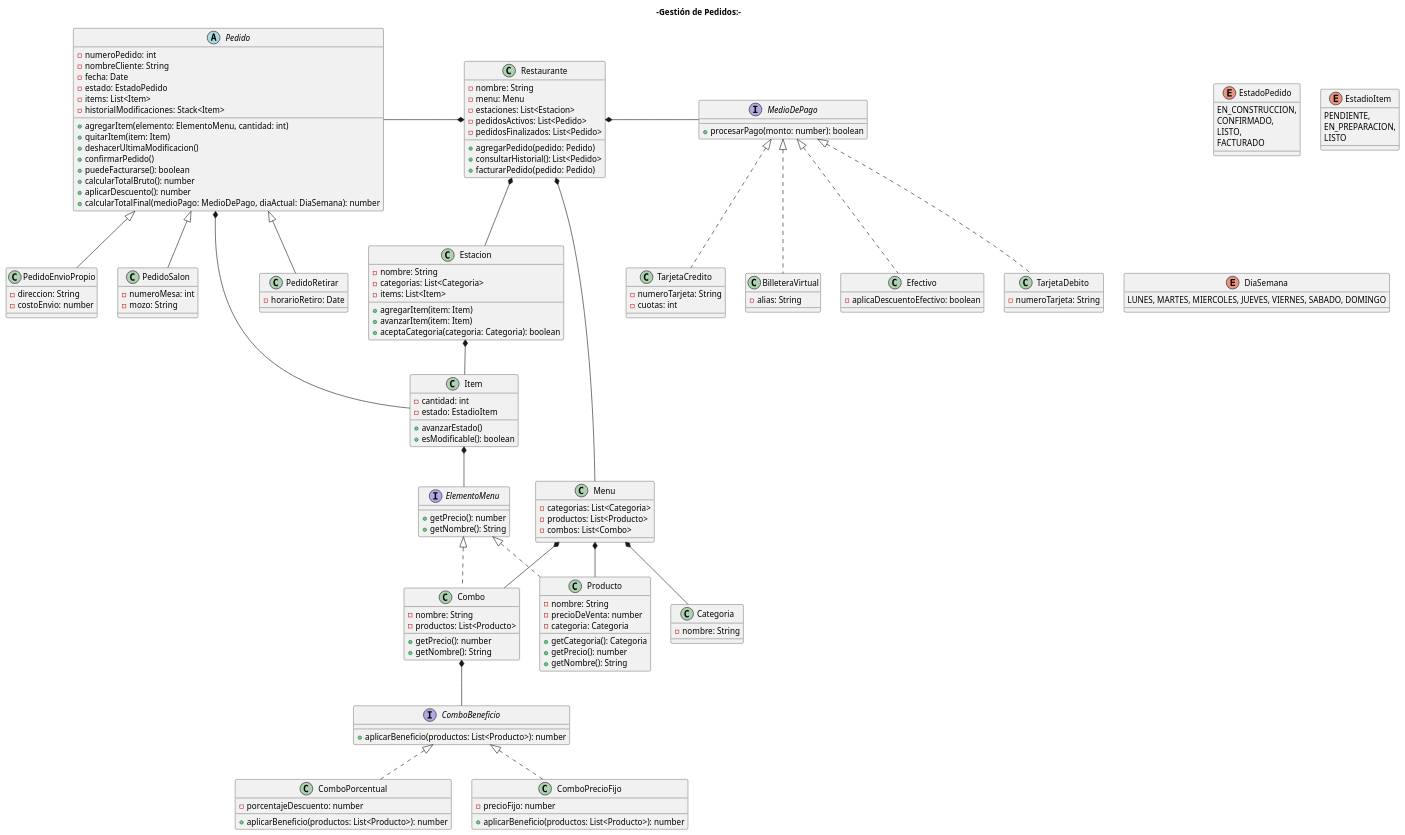
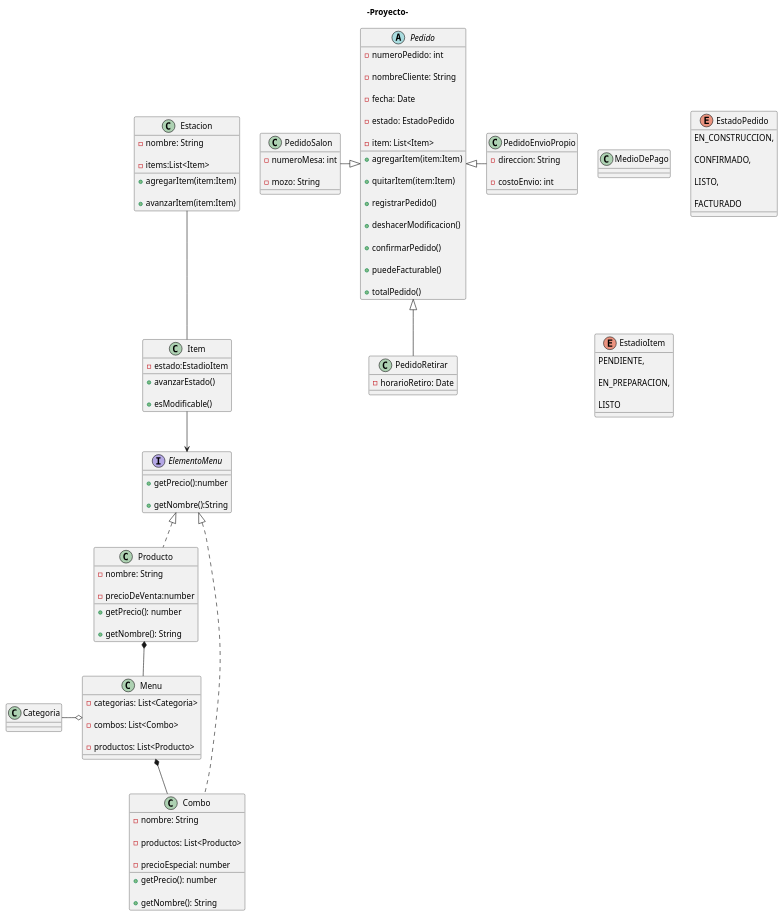
Before and after one commit to JuanJauregui2014/Tp-cuatrimestral-programacion-II: the diagram in diagramas/diagramas.puml, drawn with PlantUML. The commit also changed 24 other files, not shown here.

Commit message:
Revert "Modifico UML, modifico clases y agrego la clase restaurante"

```diff
--- a/diagramas/diagramas.puml
+++ b/diagramas/diagramas.puml
@@ -1,184 +1,199 @@
 @startuml
-title -Gestión de Pedidos:-
-class Restaurante {
-    -nombre: String
-    -menu: Menu
-    -estaciones: List<Estacion>
-    -pedidosActivos: List<Pedido>
-    -pedidosFinalizados: List<Pedido>
 
-    +agregarPedido(pedido: Pedido)
-    +consultarHistorial(): List<Pedido>
-    +facturarPedido(pedido: Pedido)
+title -Proyecto-
+
+interface ElementoMenu {
+
+    +getPrecio():number
+
+    +getNombre():String
+
+
+
 }
 
-class Menu {
-    -categorias: List<Categoria>
-    -productos: List<Producto>
-    -combos: List<Combo>
+abstract class Pedido{
+
+    -numeroPedido: int
+
+    -nombreCliente: String
+
+    -fecha: Date
+
+    -estado: EstadoPedido
+
+    -item: List<Item>
+
+
+
+    +agregarItem(item:Item)
+
+    +quitarItem(item:Item)
+
+    +registrarPedido()
+
+    +deshacerModificacion()
+
+    +confirmarPedido()
+
+    +puedeFacturable()
+
+    +totalPedido()
+
 }
 
-class Categoria {
-    -nombre: String
+class PedidoSalon{
+
+    -numeroMesa: int
+
+    -mozo: String
+
 }
 
-interface ElementoMenu {
+class PedidoRetirar{
+
+    -horarioRetiro: Date
+
+}
+
+class PedidoEnvioPropio{
+
+    -direccion: String
+
+    -costoEnvio: int
+
+
+
+}
+
+
+
+class Item{
+
+    -estado:EstadioItem
+
+
+
+    +avanzarEstado()
+
+    +esModificable()
+
+
+
+}
+
+class Producto implements ElementoMenu{
+
+    -nombre: String
+
+    -precioDeVenta:number
+
+
+
     +getPrecio(): number
+
     +getNombre(): String
+
+
+
+   
+
 }
 
 class Combo implements ElementoMenu {
+
     -nombre: String
+
     -productos: List<Producto>
+
+    -precioEspecial: number
+
     +getPrecio(): number
+
     +getNombre(): String
+
 }
 
-interface ComboBeneficio {
-    +aplicarBeneficio(productos: List<Producto>): number
+class Categoria{
+
+
+
 }
 
-class ComboPorcentual implements ComboBeneficio {
-    -porcentajeDescuento: number
-    +aplicarBeneficio(productos: List<Producto>): number
+class Estacion{
+
+    -nombre: String
+
+    -items:List<Item>
+
+
+
+    +agregarItem(item:Item)
+
+    +avanzarItem(item:Item)
+
+
+
 }
 
-class ComboPrecioFijo implements ComboBeneficio {
-    -precioFijo: number
-    +aplicarBeneficio(productos: List<Producto>): number
+
+
+class Menu{
+
+    -categorias: List<Categoria>
+
+    -combos: List<Combo>
+
+    -productos: List<Producto>
+
+
+
 }
 
-abstract class Pedido {
-    -numeroPedido: int
-    -nombreCliente: String
-    -fecha: Date
-    -estado: EstadoPedido
-    -items: List<Item>
-    -historialModificaciones: Stack<Item>
+'preguntas si conviene  tenerlo como clase abstracta y que hereden los distintos medios de pagos'
 
-    +agregarItem(elemento: ElementoMenu, cantidad: int)
-    +quitarItem(item: Item)
-    +deshacerUltimaModificacion()
-    +confirmarPedido()
-    +puedeFacturarse(): boolean
-    +calcularTotalBruto(): number
-    +aplicarDescuento(): number
-    +calcularTotalFinal(medioPago: MedioDePago, diaActual: DiaSemana): number
+class MedioDePago{
+
+
+
 }
 
-class PedidoSalon {
-    -numeroMesa: int
-    -mozo: String
+enum EstadoPedido {
+
+    EN_CONSTRUCCION,
+
+    CONFIRMADO,
+
+    LISTO,
+
+    FACTURADO
+
 }
 
-class PedidoRetirar {
-    -horarioRetiro: Date
+enum EstadioItem{
+
+    PENDIENTE,
+
+    EN_PREPARACION,
+
+    LISTO
+
 }
 
-class PedidoEnvioPropio {
-    -direccion: String
-    -costoEnvio: number
-}
+Pedido <|-l- PedidoSalon
 
-class Item {
-    -cantidad: int
-    -estado: EstadioItem
-    
-    +avanzarEstado()
-    +esModificable(): boolean
-}
+Pedido <|-- PedidoRetirar
 
-class Estacion {
-    -nombre: String
-    -categorias: List<Categoria>
-    -items: List<Item>
+Pedido <|-r- PedidoEnvioPropio
 
-    +agregarItem(item: Item)
-    +avanzarItem(item: Item)
-    +aceptaCategoria(categoria: Categoria): boolean
-}
+Menu o-l- Categoria
 
-class Producto implements ElementoMenu {
-    -nombre: String
-    -precioDeVenta: number
-    -categoria: Categoria
-    
-    +getCategoria(): Categoria
-    +getPrecio(): number
-    +getNombre(): String
-}
+Producto *-d- Menu
 
-interface MedioDePago {
-    +procesarPago(monto: number): boolean
-}
+Menu *-- Combo
 
-class Efectivo implements MedioDePago {
-    -aplicaDescuentoEfectivo: boolean
-}
+Estacion -- Item
 
-class TarjetaDebito implements MedioDePago {
-    -numeroTarjeta: String
-}
-
-class TarjetaCredito implements MedioDePago {
-    -numeroTarjeta: String
-    -cuotas: int
-}
-
-class BilleteraVirtual implements MedioDePago {
-    -alias: String
-}
-
-/' abstract class Descuento {
-     +esAplicable(pedido: Pedido, dia: DiaSemana): boolean
-     +calcularMontoDescuento(pedido: Pedido): number
-}
-
-class DescuentoEfectivo extends Descuento {
-    -porcentaje: number
-    +esAplicable(pedido: Pedido, dia: DiaSemana): boolean
-    +calcularMontoDescuento(pedido: Pedido): number
-}
-
-class DescuentoDiaEspecial extends Descuento {
-    -diaObjetivo: DiaSemana
-    -porcentaje: number
-    +esAplicable(pedido: Pedido, dia: DiaSemana): boolean
-    +calcularMontoDescuento(pedido: Pedido): number
-} '/
-
-enum EstadoPedido {
-    EN_CONSTRUCCION,
-    CONFIRMADO,
-    LISTO,
-    FACTURADO
-}
-
-enum EstadioItem {
-    PENDIENTE,
-    EN_PREPARACION,
-    LISTO
-}
-
-enum DiaSemana {
-    LUNES, MARTES, MIERCOLES, JUEVES, VIERNES, SABADO, DOMINGO
-}
-
-' Relaciones Estructurales
-Restaurante *-- Menu
-Restaurante  *-- Estacion
-Restaurante *-l-  Pedido
-Restaurante *-r- MedioDePago
-Menu  *-- Categoria
-Menu  *-- Producto
-Menu  *--Combo
-Combo  *--  ComboBeneficio
-Pedido  *--  Item
-Item  *--  ElementoMenu
-Estacion  *-- Item
-
-Pedido <|-- PedidoSalon
-Pedido <|-- PedidoRetirar
-Pedido <|-- PedidoEnvioPropio
+Item --> ElementoMenu
 
 @enduml
```
